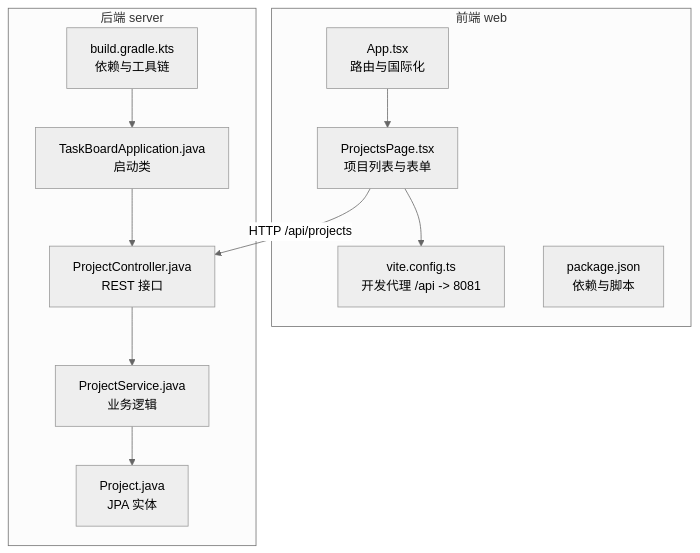
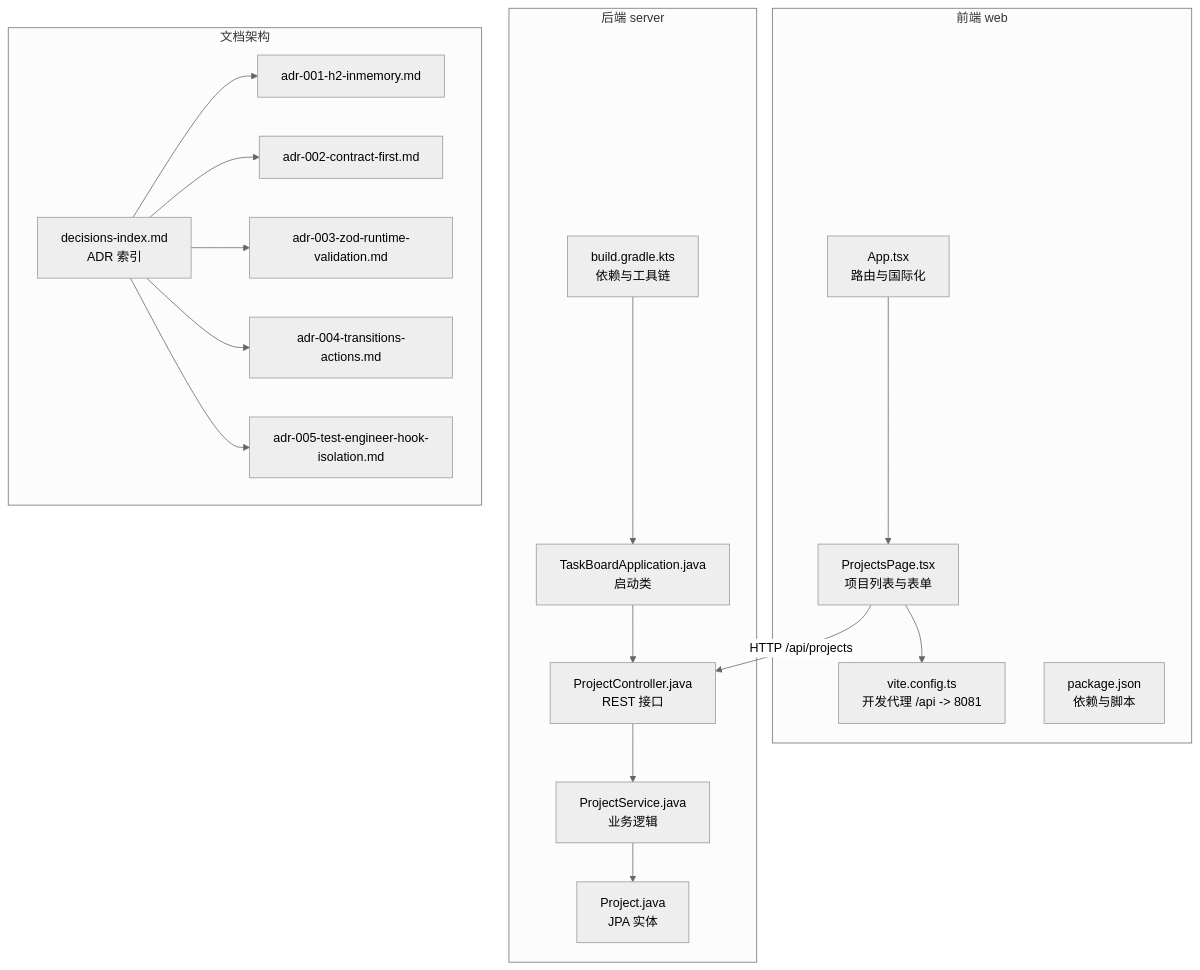
One commit to zhou9832/test1-qoder changed the second of 10 diagrams in .qoder/repowiki/zh/content/后端架构/架构决策记录.md. Above: the diagram before and after it, drawn with Mermaid (neutral theme). The commit also changed other lines of this file and 59 other files, not shown here.

````diff
--- a/.qoder/repowiki/zh/content/后端架构/架构决策记录.md
+++ b/.qoder/repowiki/zh/content/后端架构/架构决策记录.md
@@ -40,23 +160,36 @@
 ```mermaid
 graph TB
 subgraph "前端 web"
 W_App["App.tsx<br/>路由与国际化"]
 W_Projects["ProjectsPage.tsx<br/>项目列表与表单"]
 W_Vite["vite.config.ts<br/>开发代理 /api -> 8081"]
 W_Pkg["package.json<br/>依赖与脚本"]
 end
 subgraph "后端 server"
 S_App["TaskBoardApplication.java<br/>启动类"]
 S_Controller["ProjectController.java<br/>REST 接口"]
 S_Service["ProjectService.java<br/>业务逻辑"]
 S_Entity["Project.java<br/>JPA 实体"]
 S_Gradle["build.gradle.kts<br/>依赖与工具链"]
 end
+subgraph "文档架构"
+D_Index["decisions-index.md<br/>ADR 索引"]
+D_ADR1["adr-001-h2-inmemory.md"]
+D_ADR2["adr-002-contract-first.md"]
+D_ADR3["adr-003-zod-runtime-validation.md"]
+D_ADR4["adr-004-transitions-actions.md"]
+D_ADR5["adr-005-test-engineer-hook-isolation.md"]
+end
 W_App --> W_Projects
 W_Projects --> W_Vite
 W_Projects --> |HTTP /api/projects| S_Controller
 S_Controller --> S_Service
 S_Service --> S_Entity
 S_App --> S_Controller
 S_Gradle --> S_App
+D_Index --> D_ADR1
+D_Index --> D_ADR2
+D_Index --> D_ADR3
+D_Index --> D_ADR4
+D_Index --> D_ADR5
 ```
````
